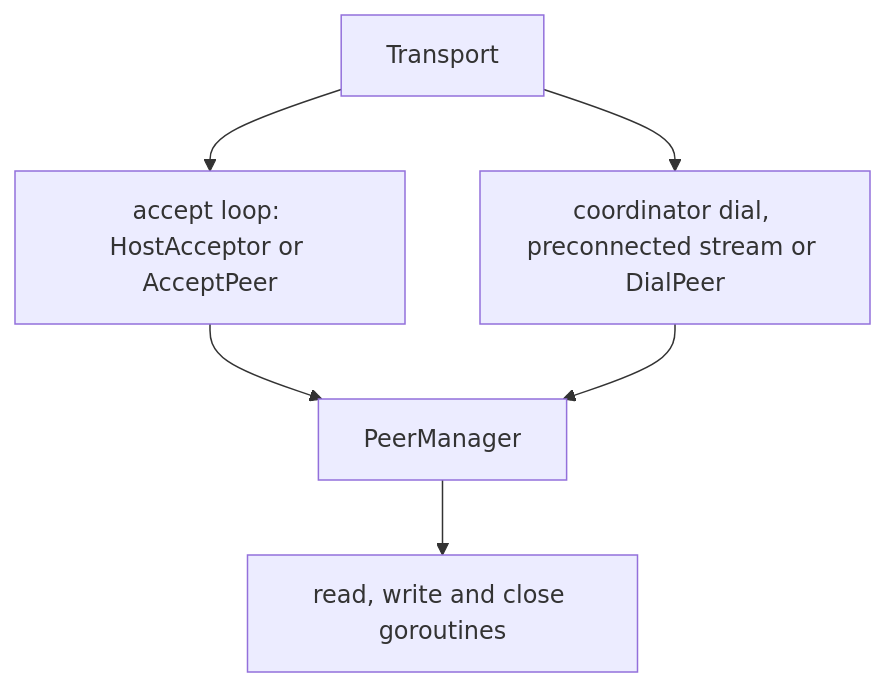
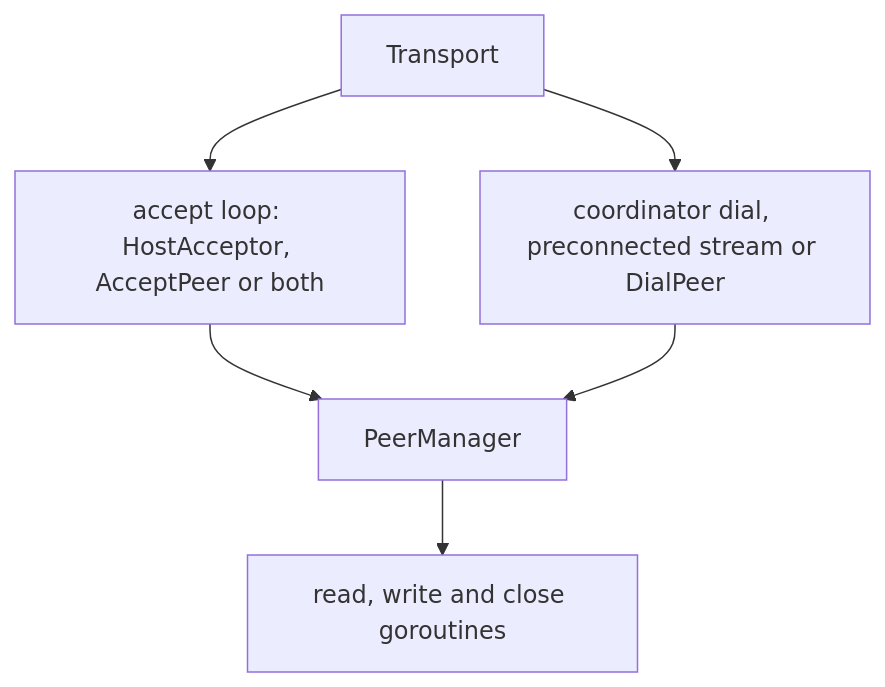
The third of 3 diagrams in doc/services-and-networking.md (lixenwraith/vif), drawn with Mermaid before and after one commit. The commit also changed other lines of this file and 21 other files, not shown here.

````diff
--- a/doc/services-and-networking.md
+++ b/doc/services-and-networking.md
@@ -233,8 +233,8 @@
 ```mermaid
 flowchart TD
-    Transport["Transport"] --> Listener["accept loop: HostAcceptor or AcceptPeer"]
+    Transport["Transport"] --> Listener["accept loop: HostAcceptor, AcceptPeer or both"]
     Transport --> Dial["coordinator dial, preconnected stream or DialPeer"]
     Listener --> Manager["PeerManager"]
     Dial --> Manager
     Manager --> Peer["read, write and close goroutines"]
 ```
````
